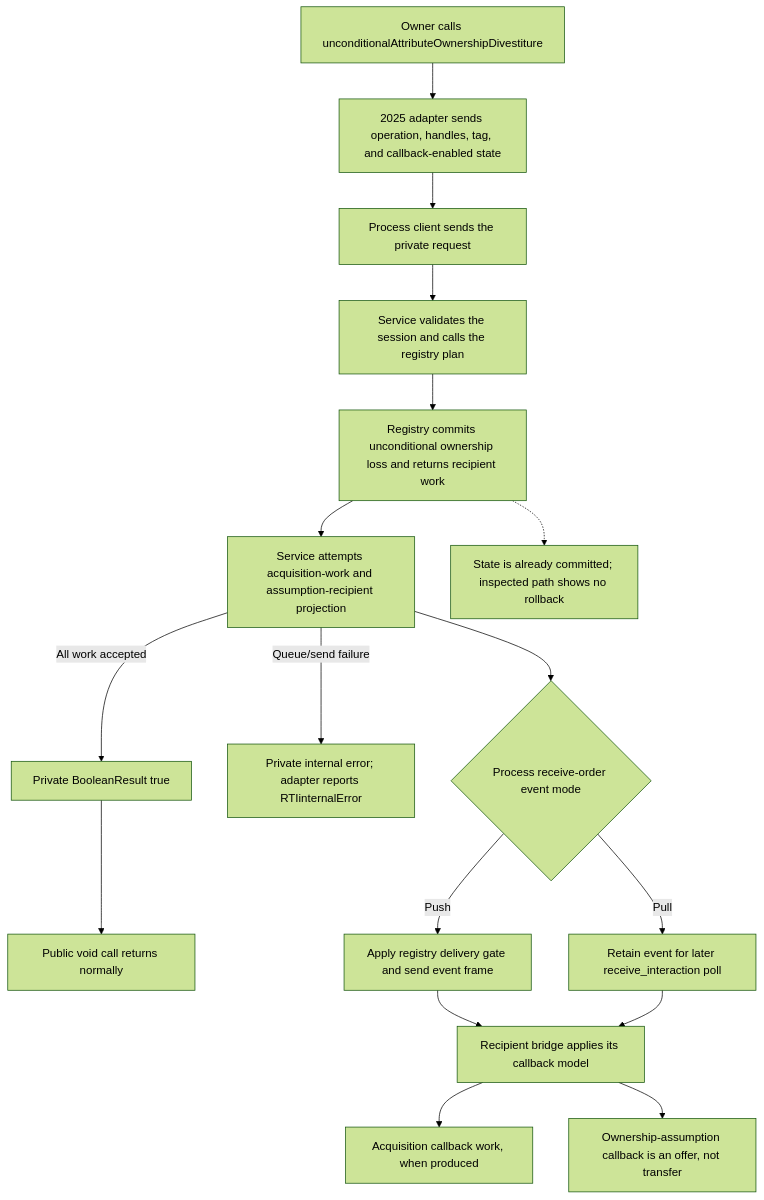
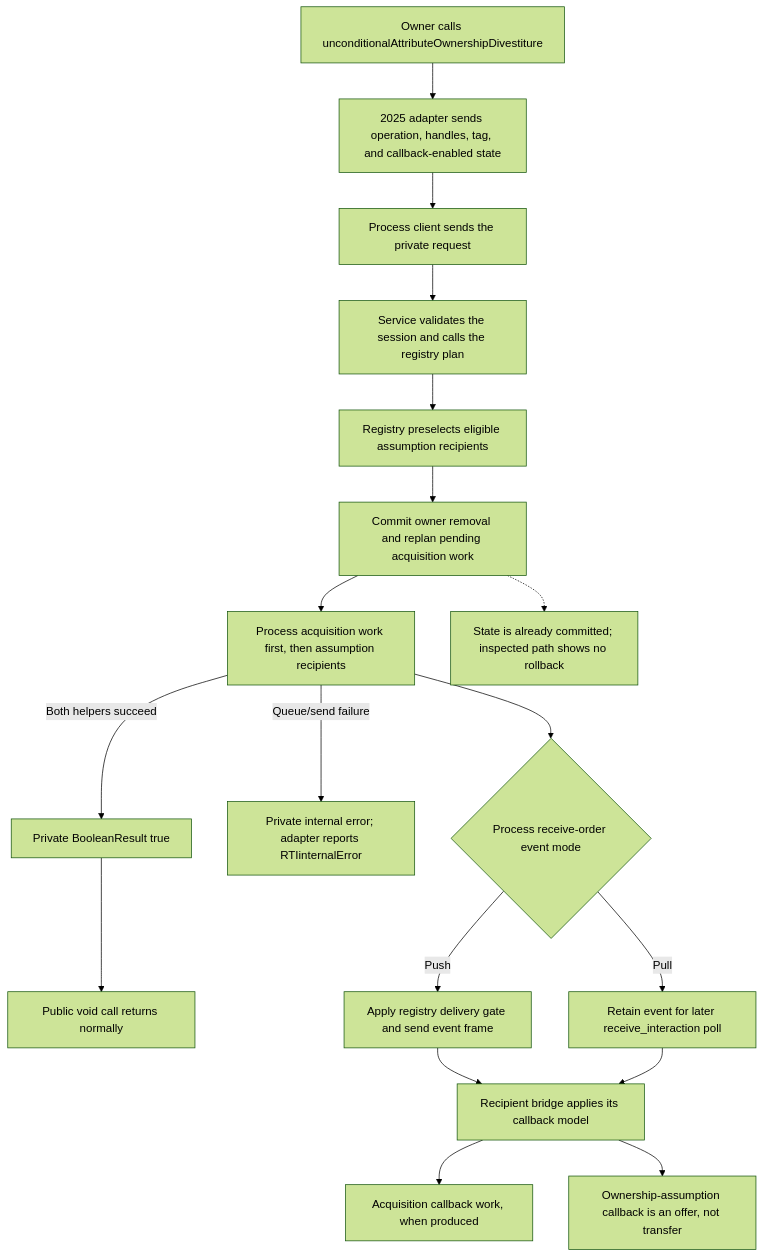
One commit to sheepfling/umbra changed diagram 20 of 25 in docs/design/HLA-2025-ATTRIBUTE-OWNERSHIP-FLOW-GUIDE.md. Above: the diagram before and after it, drawn with Mermaid (forest theme). The commit also changed other lines of this file and 668 other files, not shown here.

````diff
--- a/docs/design/HLA-2025-ATTRIBUTE-OWNERSHIP-FLOW-GUIDE.md
+++ b/docs/design/HLA-2025-ATTRIBUTE-OWNERSHIP-FLOW-GUIDE.md
@@ -861,19 +1253,20 @@
 ```mermaid
 flowchart TD
   Owner["Owner calls unconditionalAttributeOwnershipDivestiture"] --> Adapter["2025 adapter sends operation, handles, tag, and callback-enabled state"]
   Adapter --> Client["Process client sends the private request"]
   Client --> Handler["Service validates the session and calls the registry plan"]
-  Handler --> Commit["Registry commits unconditional ownership loss and returns recipient work"]
-  Commit --> Projection["Service attempts acquisition-work and assumption-recipient projection"]
-  Projection -->|"All work accepted"| Result["Private BooleanResult true"]
+  Handler --> Candidates["Registry preselects eligible assumption recipients"]
+  Candidates --> Commit["Commit owner removal and replan pending acquisition work"]
+  Commit --> Projection["Process acquisition work first, then assumption recipients"]
+  Projection -->|"Both helpers succeed"| Result["Private BooleanResult true"]
   Result --> Return["Public void call returns normally"]
   Projection -->|"Queue/send failure"| Error["Private internal error; adapter reports RTIinternalError"]
   Commit -.-> Caveat["State is already committed; inspected path shows no rollback"]
   Projection --> Transport{"Process receive-order event mode"}
   Transport -->|"Push"| Push["Apply registry delivery gate and send event frame"]
   Transport -->|"Pull"| Pull["Retain event for later receive_interaction poll"]
   Push --> Bridge["Recipient bridge applies its callback model"]
   Pull --> Bridge
   Bridge --> Acquired["Acquisition callback work, when produced"]
   Bridge --> Offered["Ownership-assumption callback is an offer, not transfer"]
 ```
````
